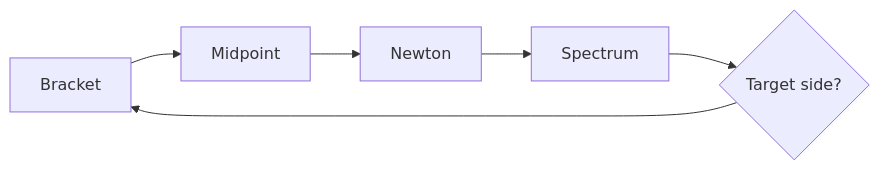
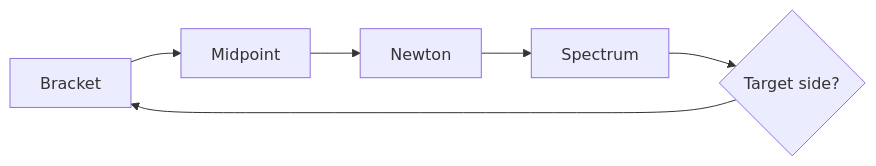
Before and after one commit to viktoriia-competitive/bifurcation-continuation-solver: the second of 3 diagrams in README.md, drawn with Mermaid. The commit also changed other lines of this file, not shown here.

Commit message:
Enhance README with mermaid flowcharts
Added mermaid diagrams for Newton's method and refinement iterations.

````diff
--- a/README.md
+++ b/README.md
@@ -136,8 +140,12 @@
 ```mermaid
+---
+config:
+  htmlLabels: false
+---
 flowchart LR
     A["Bracket"] --> B["Midpoint"]
     B --> C["Newton"]
     C --> D["Spectrum"]
     D --> E{"Target side?"}
     E --> A
 ```
````
